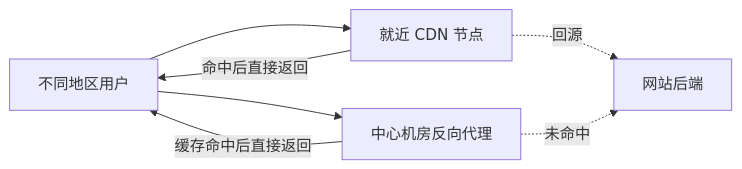
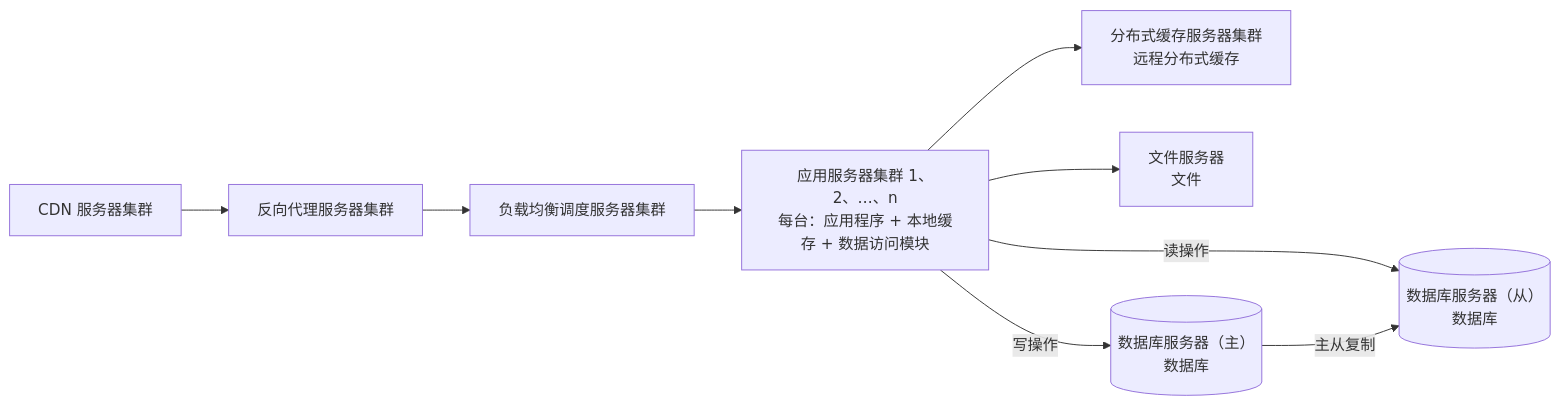
Before and after one commit to YoungHong1992/ruankao-senior-architecture-designer: diagram 15 of 20 in 01.系统架构设计师教材-清洗版/第10章-软件架构的演化和维护.md, drawn with Mermaid. The commit also changed other lines of this file and 24 other files, not shown here.

````diff
--- a/01.系统架构设计师教材-清洗版/第10章-软件架构的演化和维护.md
+++ b/01.系统架构设计师教材-清洗版/第10章-软件架构的演化和维护.md
@@ -780,9 +948,10 @@
 ```mermaid
 flowchart LR
-    User["不同地区用户"] --> CDN["就近 CDN 节点"]
-    CDN -->|"命中后直接返回"| User
-    User --> Proxy["中心机房反向代理"]
-    Proxy -->|"缓存命中后直接返回"| User
-    CDN -.->|"回源"| Backend["网站后端"]
-    Proxy -.->|"未命中"| Backend
+    CDN["CDN 服务器集群"] --> Proxy["反向代理服务器集群"] --> LB["负载均衡调度服务器集群"]
+    LB --> Apps["应用服务器集群 1、2、…、n\n每台：应用程序 + 本地缓存 + 数据访问模块"]
+    Apps --> Cache["分布式缓存服务器集群\n远程分布式缓存"]
+    Apps --> Files["文件服务器\n文件"]
+    Apps -->|"写操作"| Primary[("数据库服务器（主）\n数据库")]
+    Apps -->|"读操作"| Replica[("数据库服务器（从）\n数据库")]
+    Primary -->|"主从复制"| Replica
 ```
````
